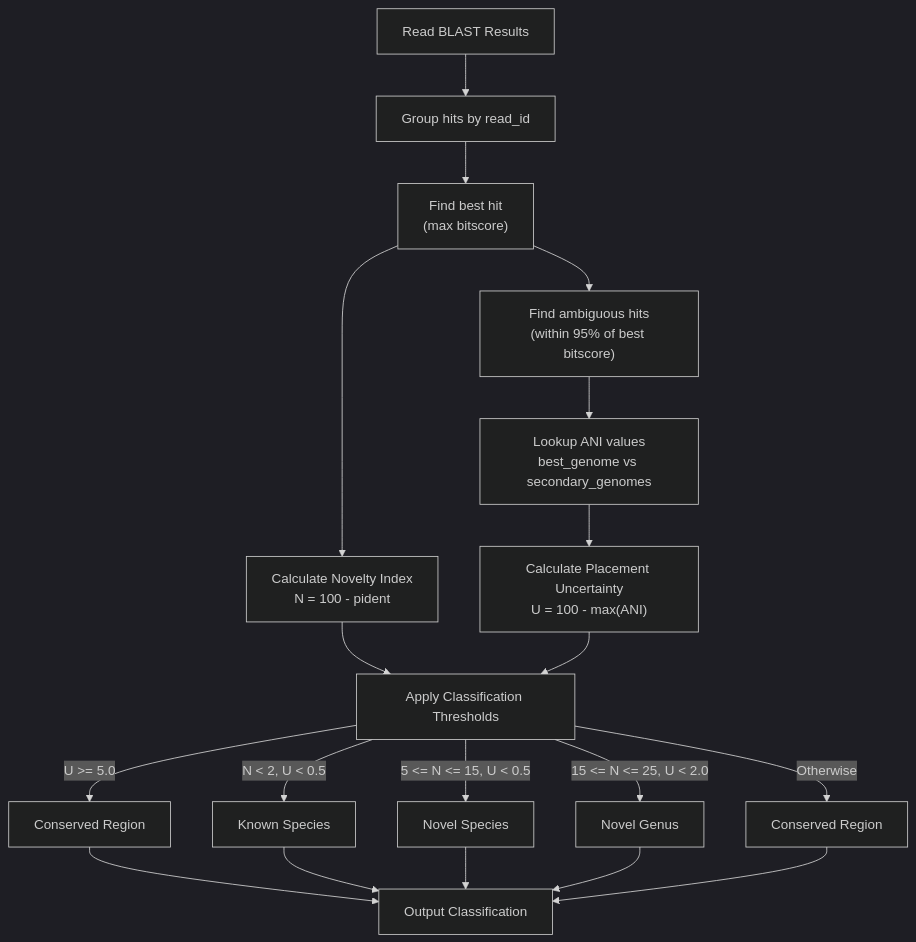
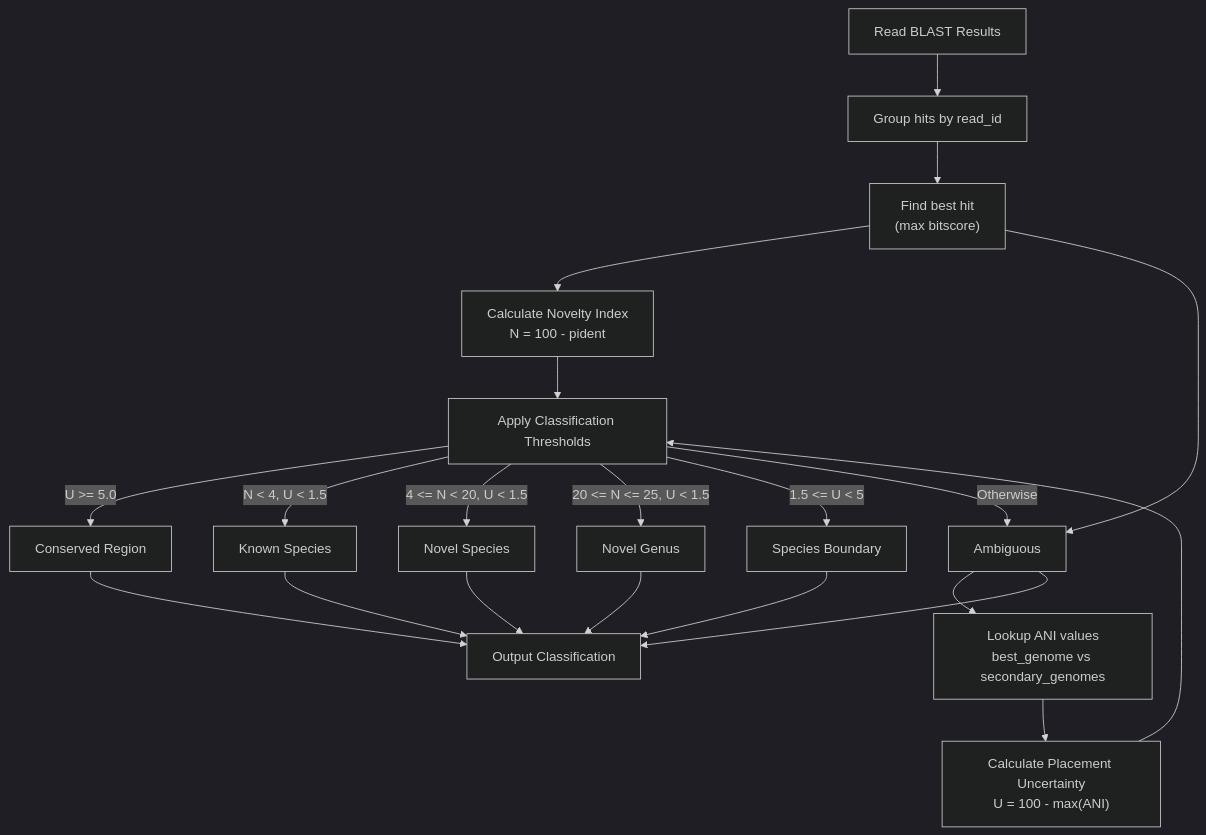
One commit to FOI-Bioinformatics/metadarkmatter changed the third of 21 diagrams in docs/ARCHITECTURE.md. Above: the diagram before and after it, drawn with Mermaid (dark theme). The commit also changed other lines of this file and 4 other files, not shown here.

````diff
--- a/docs/ARCHITECTURE.md
+++ b/docs/ARCHITECTURE.md
@@ -128,28 +147,30 @@
 ```mermaid
 flowchart TD
     START["Read BLAST Results"]
 
     START --> GROUP["Group hits by read_id"]
     GROUP --> BEST["Find best hit<br/>(max bitscore)"]
 
     BEST --> N["Calculate Novelty Index<br/>N = 100 - pident"]
     BEST --> AMB["Find ambiguous hits<br/>(within 95% of best bitscore)"]
 
     AMB --> ANI["Lookup ANI values<br/>best_genome vs secondary_genomes"]
     ANI --> U["Calculate Placement Uncertainty<br/>U = 100 - max(ANI)"]
 
     N --> THRESHOLD["Apply Classification Thresholds"]
     U --> THRESHOLD
 
     THRESHOLD --> |"U >= 5.0"| CONSERVED["Conserved Region"]
-    THRESHOLD --> |"N < 2, U < 0.5"| KNOWN["Known Species"]
-    THRESHOLD --> |"5 <= N <= 15, U < 0.5"| NOVEL_SP["Novel Species"]
-    THRESHOLD --> |"15 <= N <= 25, U < 2.0"| NOVEL_GEN["Novel Genus"]
-    THRESHOLD --> |"Otherwise"| CONSERVED2["Conserved Region"]
+    THRESHOLD --> |"N < 4, U < 1.5"| KNOWN["Known Species"]
+    THRESHOLD --> |"4 <= N < 20, U < 1.5"| NOVEL_SP["Novel Species"]
+    THRESHOLD --> |"20 <= N <= 25, U < 1.5"| NOVEL_GEN["Novel Genus"]
+    THRESHOLD --> |"1.5 <= U < 5"| BOUNDARY["Species Boundary"]
+    THRESHOLD --> |"Otherwise"| AMB["Ambiguous"]
 
     CONSERVED --> OUTPUT["Output Classification"]
     KNOWN --> OUTPUT
     NOVEL_SP --> OUTPUT
     NOVEL_GEN --> OUTPUT
-    CONSERVED2 --> OUTPUT
+    BOUNDARY --> OUTPUT
+    AMB --> OUTPUT
 ```
````
